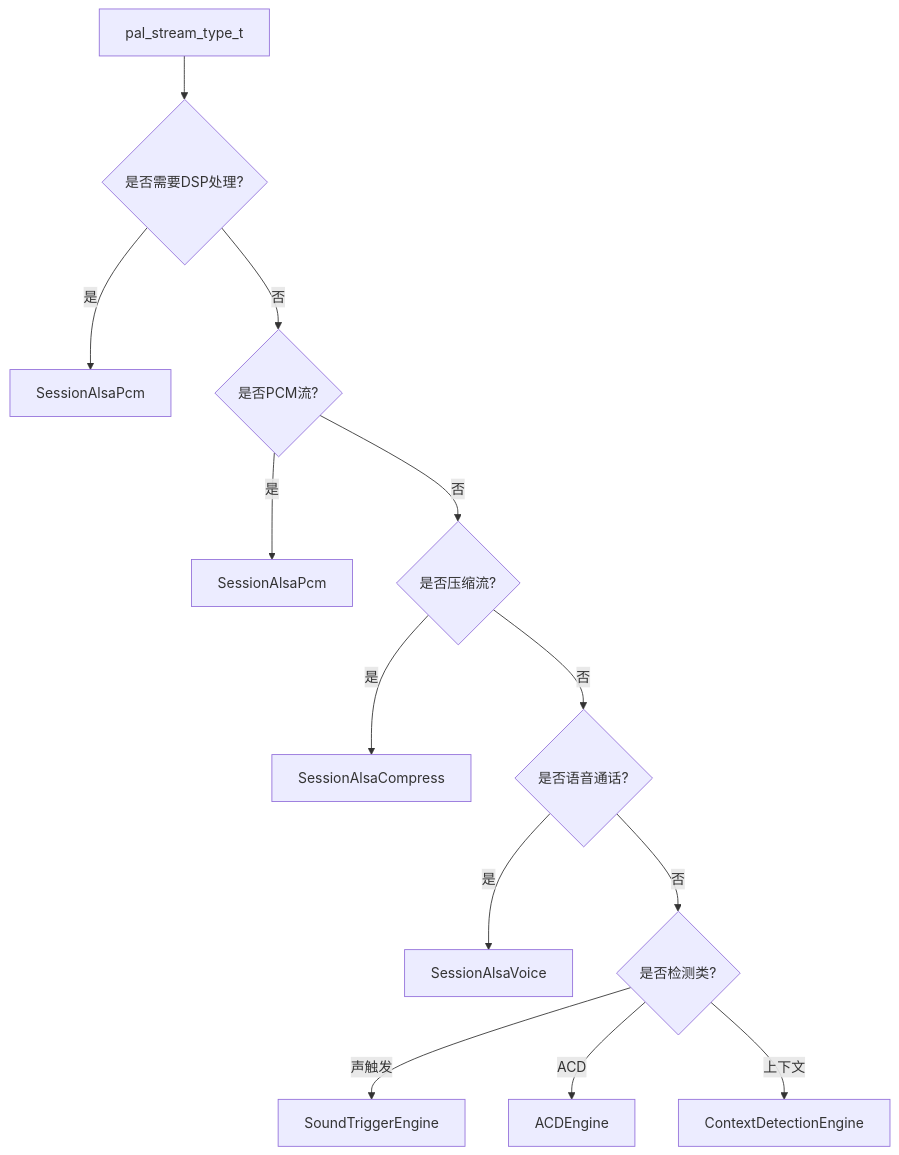
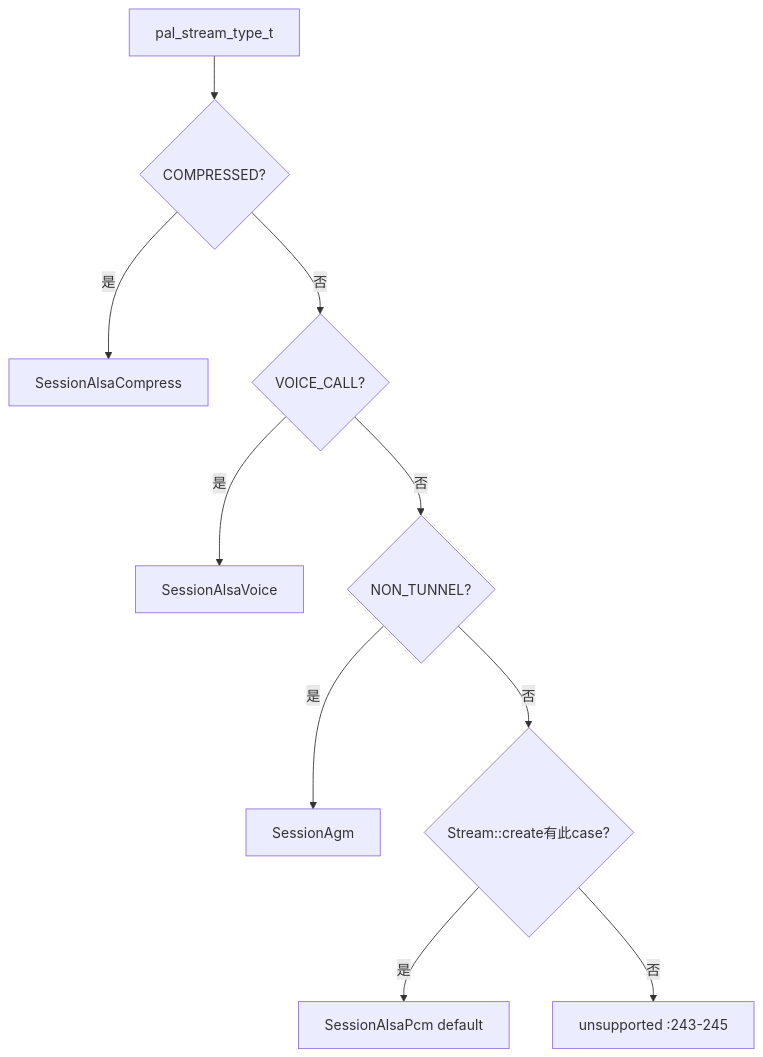
Before and after one commit to yanglinzhen1022/SA8295_AAOS_QNX_Audio_KnowledgeBase: diagram 18 of 20 in 15_PAL_Architecture/15_15.5_核心类层次图-Stream-Device-Session.md, drawn with Mermaid. The commit also changed other lines of this file and 6 other files, not shown here.

````diff
--- a/15_PAL_Architecture/15_15.5_核心类层次图-Stream-Device-Session.md
+++ b/15_PAL_Architecture/15_15.5_核心类层次图-Stream-Device-Session.md
@@ -1646,15 +1671,12 @@
 ```mermaid
 graph TB
-    Input[pal_stream_type_t] --> Check{是否需要DSP处理?}
-    Check --> |是| GSL[SessionAlsaPcm]
-    Check --> |否| CheckPCM{是否PCM流?}
-    CheckPCM --> |是| ALSAPCM[SessionAlsaPcm]
-    CheckPCM --> |否| CheckCompress{是否压缩流?}
+    Input[pal_stream_type_t] --> CheckCompress{COMPRESSED?}
     CheckCompress --> |是| ALSAComp[SessionAlsaCompress]
-    CheckCompress --> |否| CheckVoice{是否语音通话?}
+    CheckCompress --> |否| CheckVoice{VOICE_CALL?}
     CheckVoice --> |是| ALSAVoice[SessionAlsaVoice]
-    CheckVoice --> |否| CheckDetect{是否检测类?}
-    CheckDetect --> |声触发| ST[SoundTriggerEngine]
-    CheckDetect --> |ACD| ACD[ACDEngine]
-    CheckDetect --> |上下文| Ctx[ContextDetectionEngine]
+    CheckVoice --> |否| CheckNT{NON_TUNNEL?}
+    CheckNT --> |是| AGM[SessionAgm]
+    CheckNT --> |否| CheckSupported{Stream::create有此case?}
+    CheckSupported --> |是| ALSAPCM[SessionAlsaPcm default]
+    CheckSupported --> |否| UNSUP[unsupported :243-245]
 ```
````
